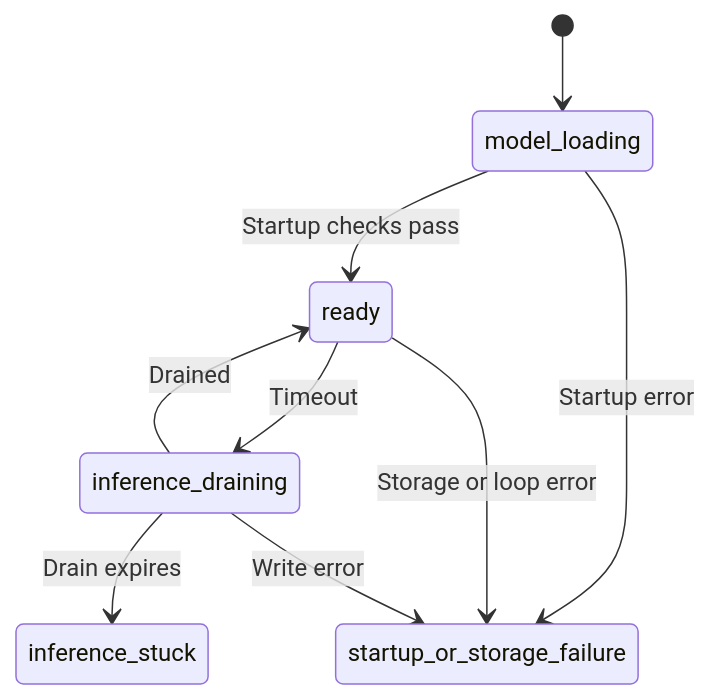
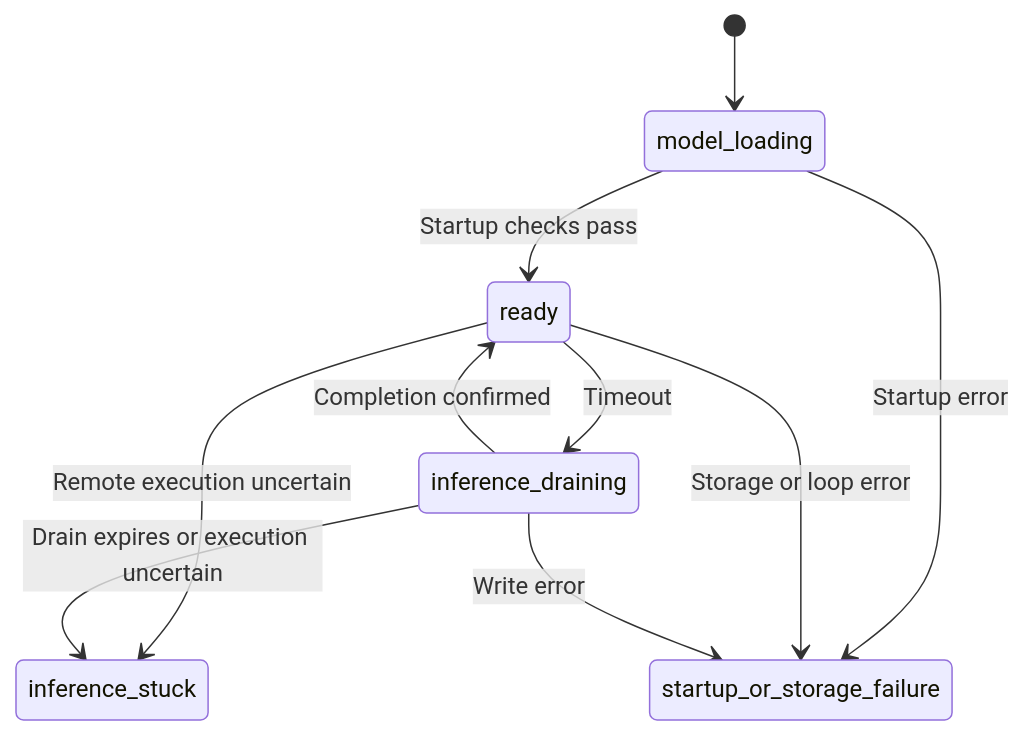
Before and after one commit to GodfreyLyu/LocalQwenDemo: the fifth of 7 diagrams in docs/reference/workflows.md, drawn with Mermaid. The commit also changed other lines of this file and 154 other files, not shown here.

````diff
--- a/docs/reference/workflows.md
+++ b/docs/reference/workflows.md
@@ -268,18 +260,19 @@
 ```mermaid
 stateDiagram-v2
     accTitle: Backend coordinator startup and timeout recovery
-    accDescr: The coordinator starts loading, initializes stores, recovers the queue and verifies the model before becoming ready. A coordinator wait timeout enters draining. A returning executor restores readiness within 30 seconds, otherwise the coordinator becomes stuck. Initialization or worker-loop storage errors are fatal states requiring restart.
+    accDescr: The coordinator initializes stores, recovers the queue and checks the Thrift service's model identity and readiness before becoming ready. A coordinator deadline enters draining. Confirmed completion within the drain allowance restores readiness. Uncertain execution can move ready or draining directly to stuck; an expired drain also becomes stuck. Startup and storage errors require recovery.
     state "model_loading" as loading
     state "ready" as readyState
     state "inference_draining" as draining
     state "inference_stuck" as stuck
     state "startup_or_storage_failure" as failure
     [*] --> loading
     loading --> readyState: Startup checks pass
     loading --> failure: Startup error
     readyState --> draining: Timeout
+    readyState --> stuck: Remote execution uncertain
     readyState --> failure: Storage or loop error
-    draining --> readyState: Drained
-    draining --> stuck: Drain expires
+    draining --> readyState: Completion confirmed
+    draining --> stuck: Drain expires or execution uncertain
     draining --> failure: Write error
 ```
````
